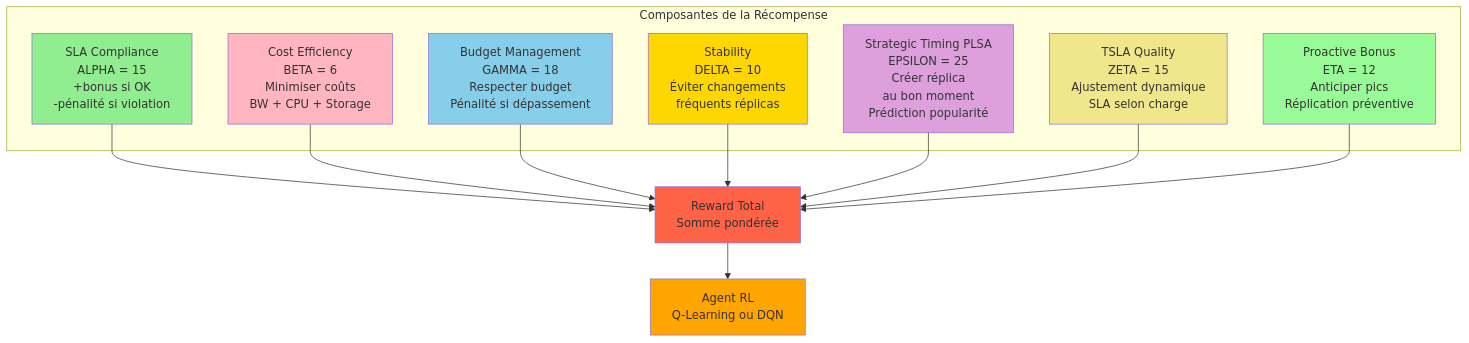
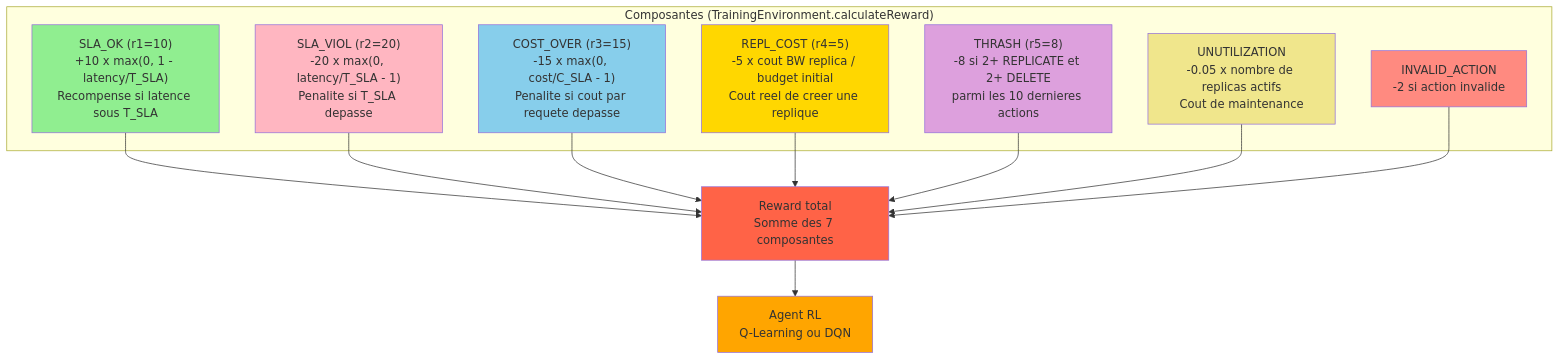
Before and after one commit to valdoth/tcdm-adaptive: the ninth of 10 diagrams in docs/workflow_diagrams_2024.md, drawn with Mermaid. The commit also changed other lines of this file and 84 other files, not shown here.

````diff
--- a/docs/workflow_diagrams_2024.md
+++ b/docs/workflow_diagrams_2024.md
@@ -349,38 +398,38 @@
 ```mermaid
 graph TB
-    subgraph "Composantes de la Récompense"
-        R1[SLA Compliance<br/>ALPHA = 15<br/>+bonus si OK<br/>-pénalité si violation]
-        
-        R2[Cost Efficiency<br/>BETA = 6<br/>Minimiser coûts<br/>BW + CPU + Storage]
-        
-        R3[Budget Management<br/>GAMMA = 18<br/>Respecter budget<br/>Pénalité si dépassement]
-        
-        R4[Stability<br/>DELTA = 10<br/>Éviter changements<br/>fréquents réplicas]
-        
-        R5[Strategic Timing PLSA<br/>EPSILON = 25<br/>Créer réplica<br/>au bon moment<br/>Prédiction popularité]
-        
-        R6[TSLA Quality<br/>ZETA = 15<br/>Ajustement dynamique<br/>SLA selon charge]
-        
-        R7[Proactive Bonus<br/>ETA = 12<br/>Anticiper pics<br/>Réplication préventive]
+    subgraph "Composantes (TrainingEnvironment.calculateReward)"
+        R1["SLA_OK (r1=10)<br/>+10 x max(0, 1 - latency/T_SLA)<br/>Recompense si latence sous T_SLA"]
+
+        R2["SLA_VIOL (r2=20)<br/>-20 x max(0, latency/T_SLA - 1)<br/>Penalite si T_SLA depasse"]
+
+        R3["COST_OVER (r3=15)<br/>-15 x max(0, cost/C_SLA - 1)<br/>Penalite si cout par requete depasse"]
+
+        R4["REPL_COST (r4=5)<br/>-5 x cout BW replica / budget initial<br/>Cout reel de creer une replique"]
+
+        R5["THRASH (r5=8)<br/>-8 si 2+ REPLICATE et 2+ DELETE<br/>parmi les 10 dernieres actions"]
+
+        R6["UNUTILIZATION<br/>-0.05 x nombre de replicas actifs<br/>Cout de maintenance"]
+
+        R7["INVALID_ACTION<br/>-2 si action invalide"]
     end
-    
-    R1 --> TOTAL[Reward Total<br/>Somme pondérée]
+
+    R1 --> TOTAL["Reward total<br/>Somme des 7 composantes"]
     R2 --> TOTAL
     R3 --> TOTAL
     R4 --> TOTAL
     R5 --> TOTAL
     R6 --> TOTAL
     R7 --> TOTAL
-    
-    TOTAL --> AGENT[Agent RL<br/>Q-Learning ou DQN]
-    
+
+    TOTAL --> AGENT["Agent RL<br/>Q-Learning ou DQN"]
+
     style R1 fill:#90EE90
     style R2 fill:#FFB6C1
     style R3 fill:#87CEEB
     style R4 fill:#FFD700
     style R5 fill:#DDA0DD
     style R6 fill:#F0E68C
-    style R7 fill:#98FB98
+    style R7 fill:#FF8A80
     style TOTAL fill:#FF6347
     style AGENT fill:#FFA500
 ```
````
